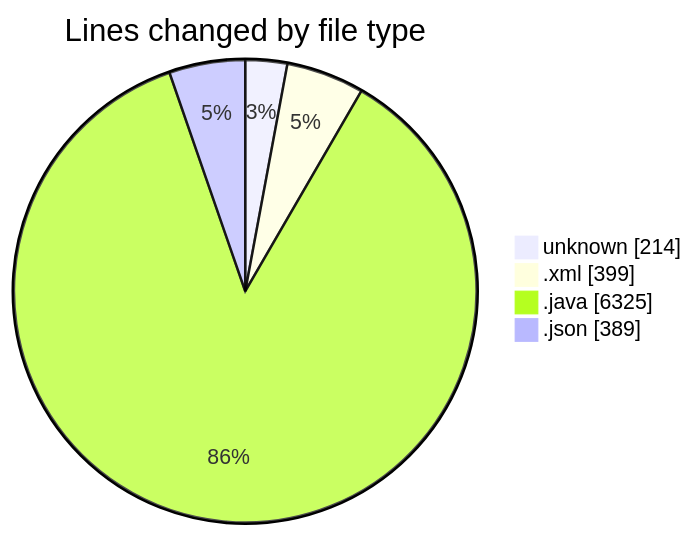
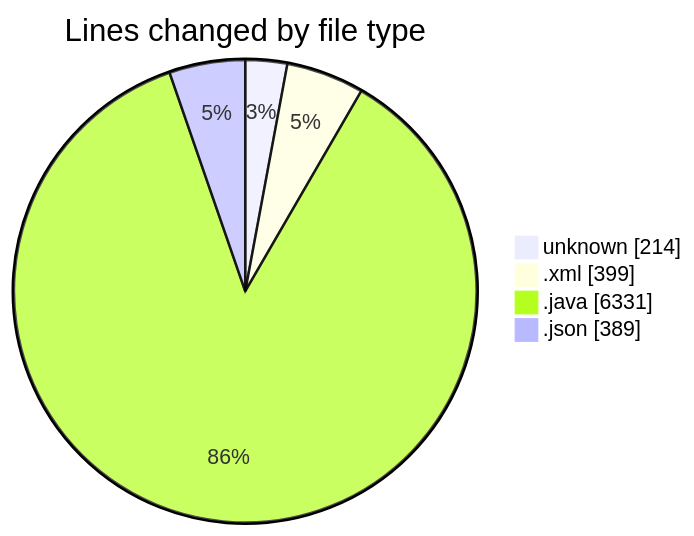
Before and after one commit to charlie-sans/code-tracking: the first of 2 diagrams in 2025-02-24/micros/README.md, drawn with Mermaid. The commit also changed other lines of this file and 1 other file, not shown here.

````diff
--- a/2025-02-24/micros/README.md
+++ b/2025-02-24/micros/README.md
@@ -39,8 +39,8 @@
 ```mermaid
 pie showData
 title Lines changed by file type
 "unknown" : 214
 ".xml" : 399
-".java" : 6325
+".java" : 6331
 ".json" : 389
 ```
````
